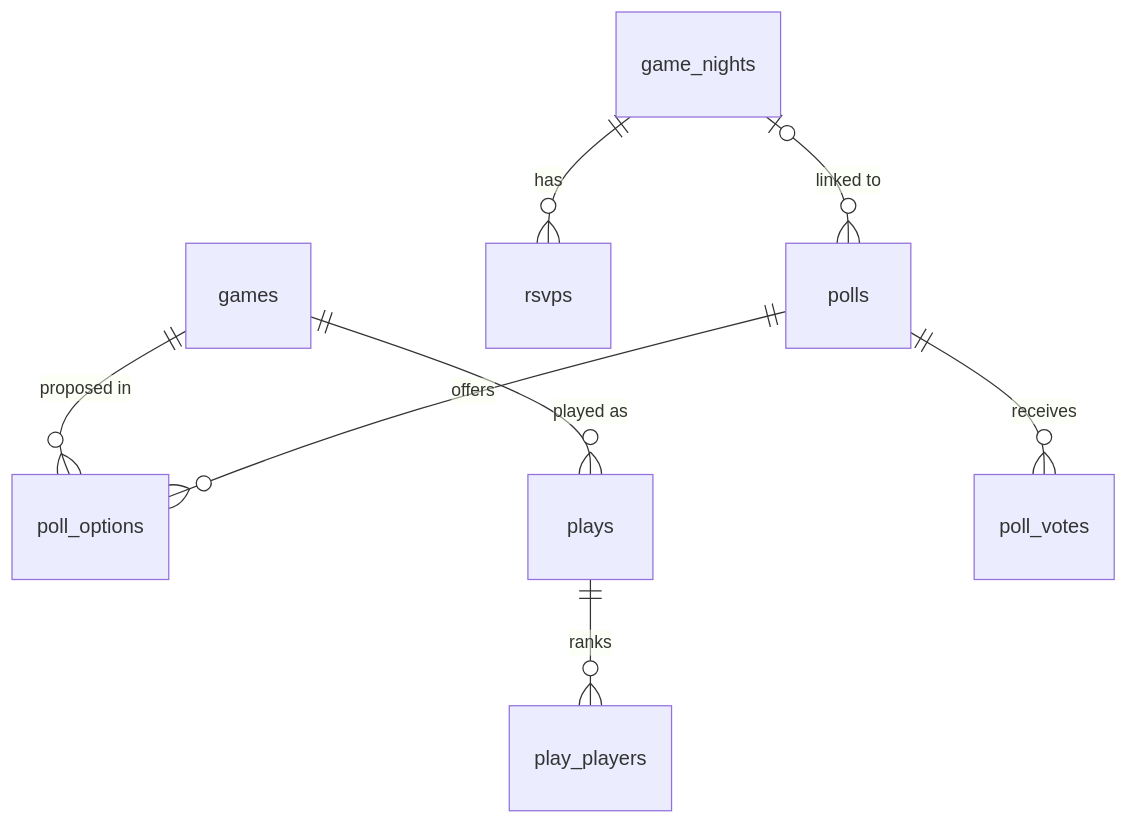
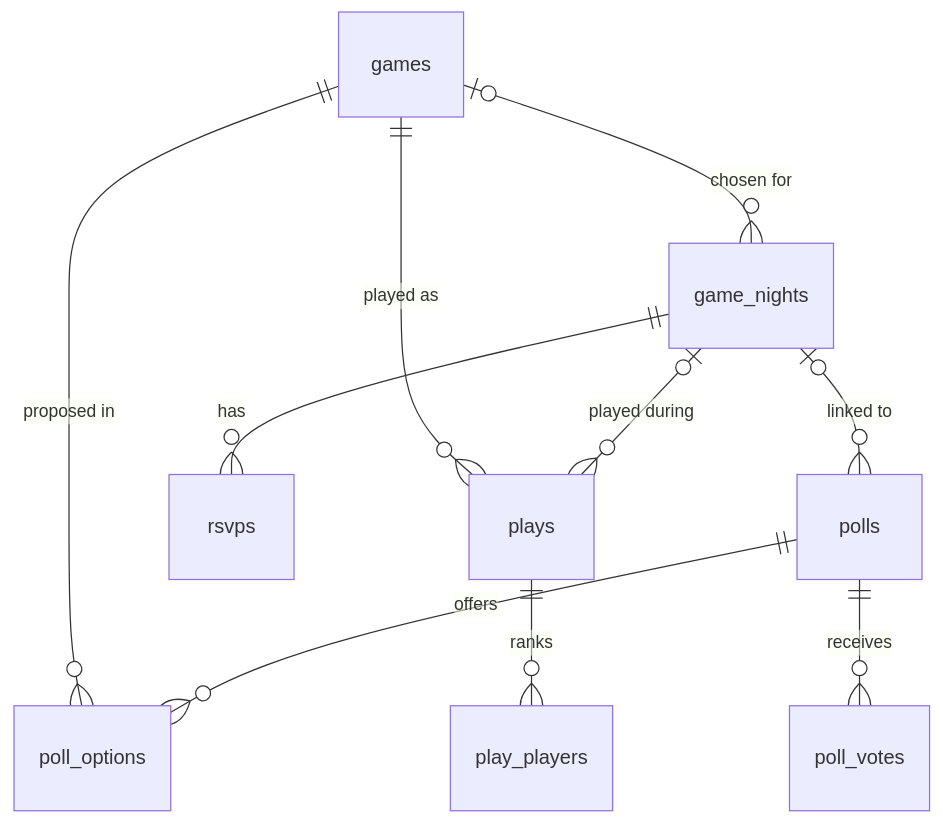
Before and after one commit to Forthtilliath/meeple-night: the diagram in README.md, drawn with Mermaid. The commit also changed other lines of this file, not shown here.

````diff
--- a/README.md
+++ b/README.md
@@ -53,10 +62,12 @@
 ```mermaid
 erDiagram
     games ||--o{ poll_options : "proposed in"
     games ||--o{ plays : "played as"
+    games |o--o{ game_nights : "chosen for"
     game_nights ||--o{ rsvps : has
     game_nights |o--o{ polls : "linked to"
+    game_nights |o--o{ plays : "played during"
     polls ||--o{ poll_options : offers
     polls ||--o{ poll_votes : receives
     plays ||--o{ play_players : ranks
 ```
````
